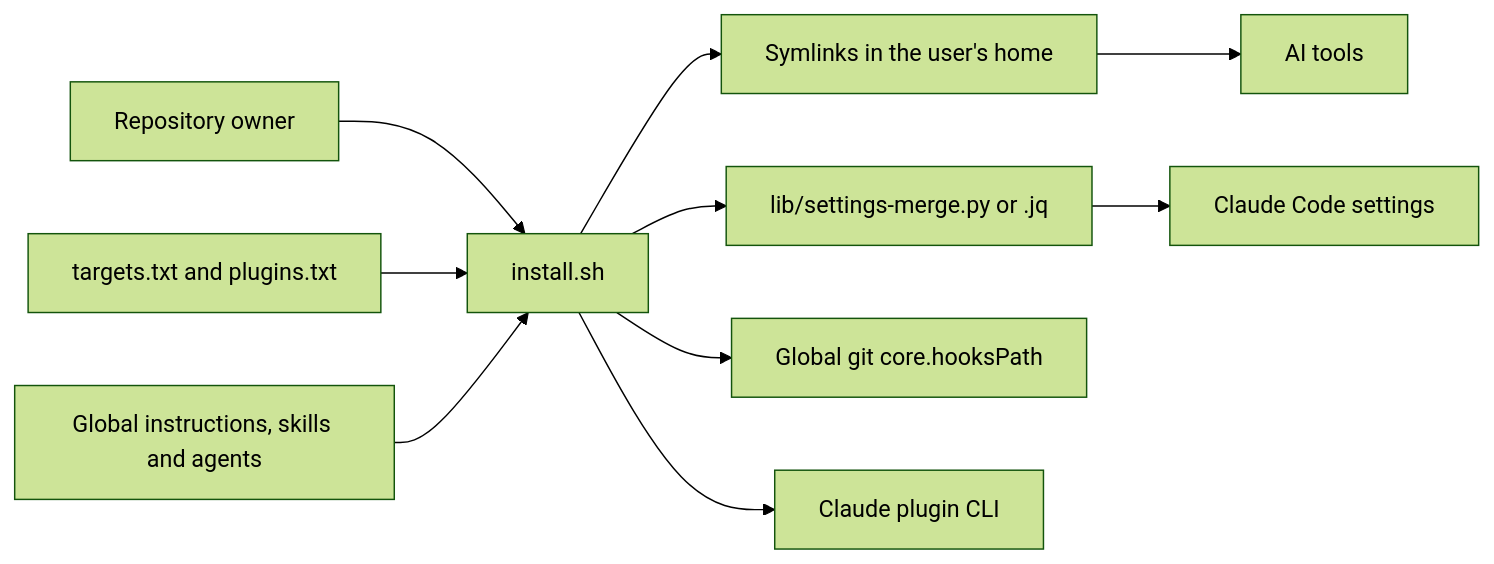
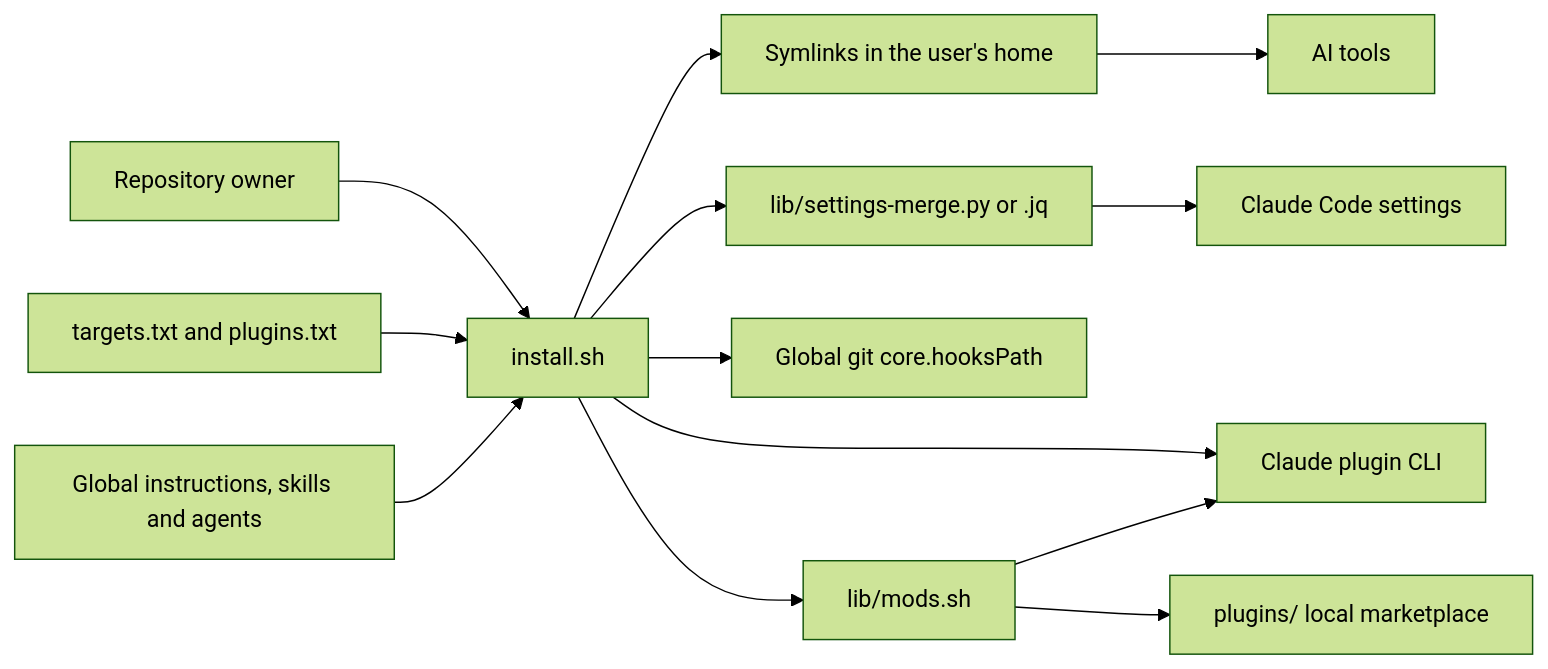
The first of 2 diagrams in docs/architecture.md (nbfrodri/agent-tack), drawn with Mermaid (forest theme) before and after one commit. The commit also changed other lines of this file and 4 other files, not shown here.

Commit message:
docs: document mods and the mods installer step

````diff
--- a/docs/architecture.md
+++ b/docs/architecture.md
@@ -9,12 +9,15 @@
 ```mermaid
 flowchart LR
   owner[Repository owner] --> installer[install.sh]
   data[targets.txt and plugins.txt] --> installer
   config[Global instructions, skills and agents] --> installer
   installer --> links[Symlinks in the user's home]
   links --> tools[AI tools]
   installer --> merge[lib/settings-merge.py or .jq]
   merge --> settings[Claude Code settings]
   installer --> gitconfig[Global git core.hooksPath]
   installer --> plugins[Claude plugin CLI]
+  installer --> mods[lib/mods.sh]
+  mods --> plugins
+  mods --> modsrc[plugins/ local marketplace]
 ```
````
